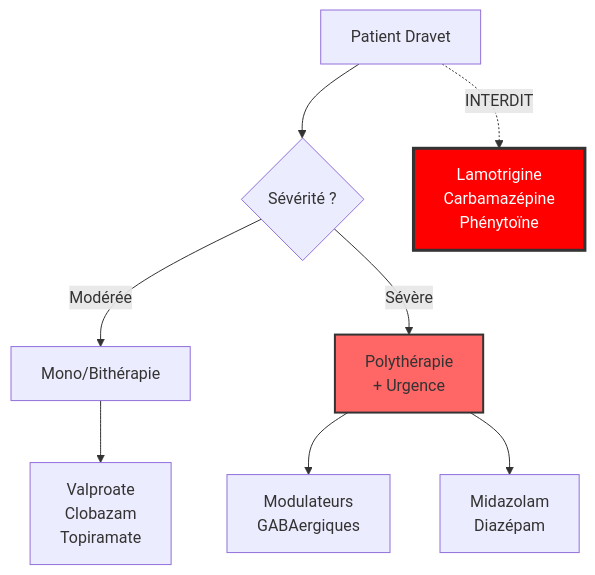
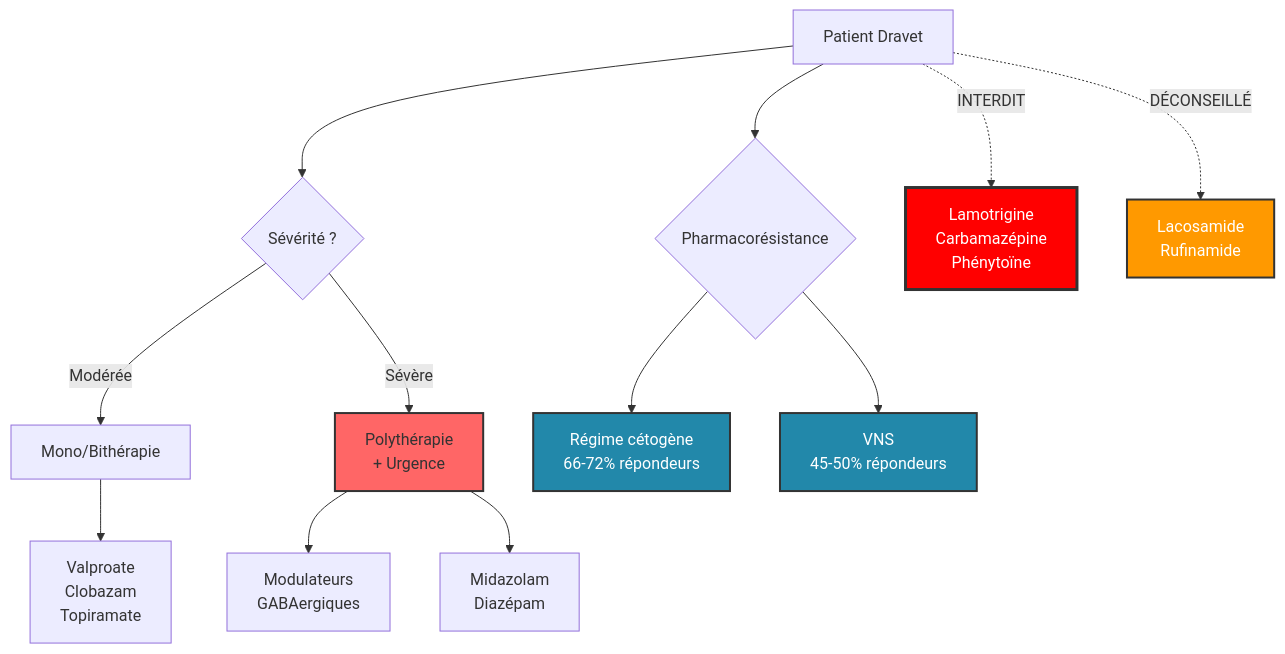
Before and after one commit to popul/book-dravet: the diagram in chapitres/chapitre_07.md, drawn with Mermaid. The commit also changed other lines of this file and 19 other files, not shown here.

````diff
--- a/chapitres/chapitre_07.md
+++ b/chapitres/chapitre_07.md
@@ -58,15 +124,23 @@
 ```mermaid
 graph TD
     A["Patient Dravet"] --> B{"Sévérité ?"}
     B -- Modérée --> C["Mono/Bithérapie"]
     B -- Sévère --> D["Polythérapie<br/>+ Urgence"]
     
     C --> C1["Valproate<br/>Clobazam<br/>Topiramate"]
     D --> D1["Modulateurs<br/>GABAergiques"]
     D --> D2["Midazolam<br/>Diazépam"]
 
+    A --> E{"Pharmacorésistance"}
+    E --> F["Régime cétogène<br/>66-72% répondeurs"]
+    E --> G["VNS<br/>45-50% répondeurs"]
+
     A -.->|INTERDIT| X["Lamotrigine<br/>Carbamazépine<br/>Phénytoïne"]
+    A -.->|DÉCONSEILLÉ| Y["Lacosamide<br/>Rufinamide"]
 
     style D fill:#f66,stroke:#333,stroke-width:2px
     style X fill:#f00,stroke:#333,stroke-width:3px,color:#fff
+    style Y fill:#f90,stroke:#333,stroke-width:2px,color:#fff
+    style F fill:#28a,stroke:#333,stroke-width:2px,color:#fff
+    style G fill:#28a,stroke:#333,stroke-width:2px,color:#fff
 ```
````
